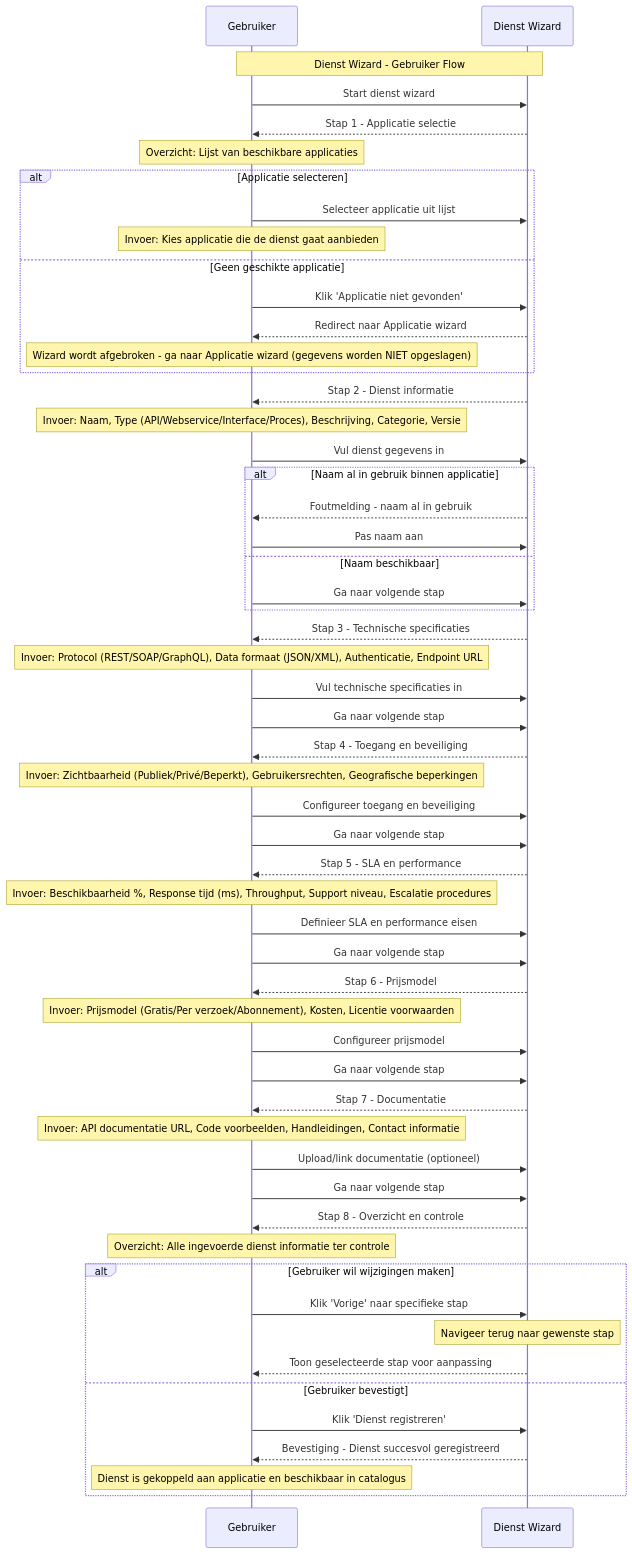
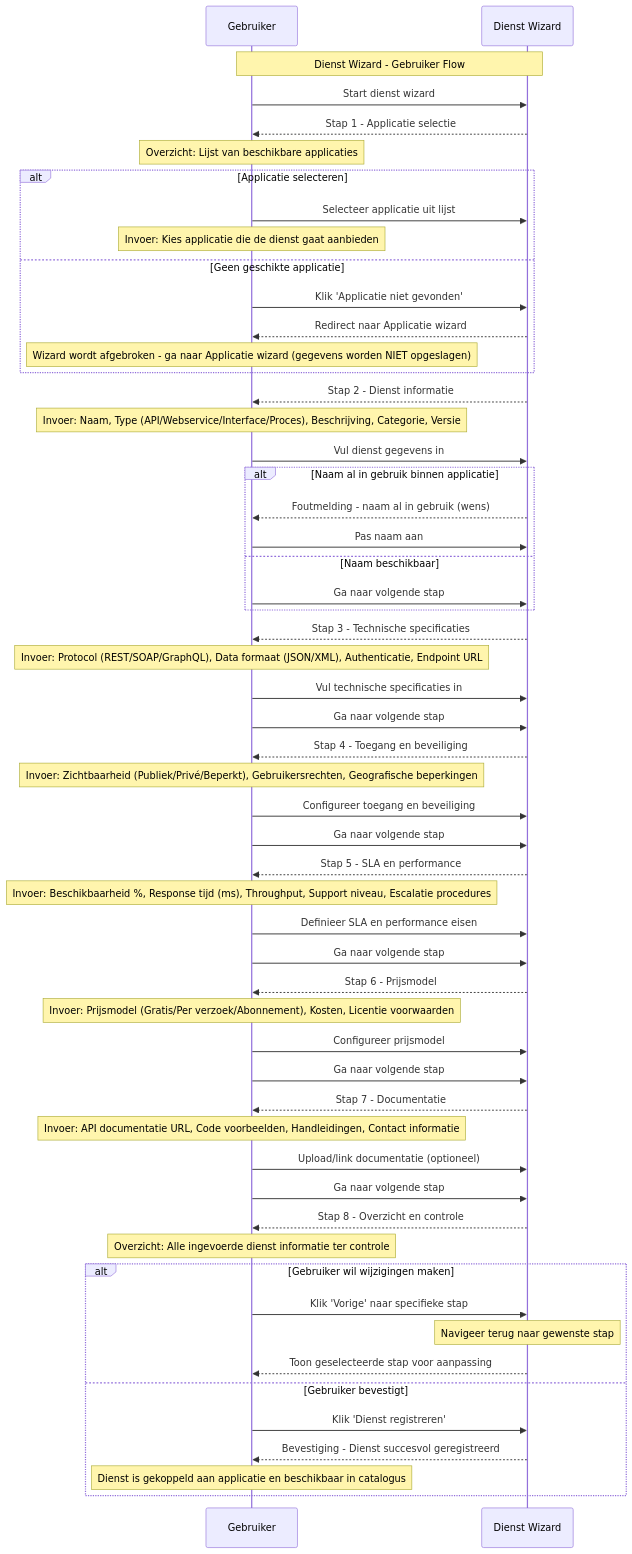
One commit to VNG-Realisatie/Softwarecatalogus changed the diagram in website/docs/Functionaliteiten/K003-dienst.md. Above: the diagram before and after it, drawn with Mermaid. The commit also changed 2 other files, not shown here.

Commit message:
Lets test if the build can handle oas

````diff
--- a/website/docs/Functionaliteiten/K003-dienst.md
+++ b/website/docs/Functionaliteiten/K003-dienst.md
@@ -233,77 +233,77 @@
 ```mermaid
 sequenceDiagram
     participant U as Gebruiker
     participant W as Dienst Wizard
 
     Note over U,W: Dienst Wizard - Gebruiker Flow
 
     %% Stap 1: Applicatie Selectie
     U->>W: Start dienst wizard
     W-->>U: Stap 1 - Applicatie selectie
     Note over U: Overzicht: Lijst van beschikbare applicaties 
     
     alt Applicatie selecteren
         U->>W: Selecteer applicatie uit lijst
         Note over U: Invoer: Kies applicatie die de dienst gaat aanbieden
     else Geen geschikte applicatie
         U->>W: Klik 'Applicatie niet gevonden'
         W-->>U: Redirect naar Applicatie wizard
         Note over U: Wizard wordt afgebroken - ga naar Applicatie wizard (gegevens worden NIET opgeslagen)
     end
 
     %% Stap 2: Dienst Informatie
     W-->>U: Stap 2 - Dienst informatie
     Note over U: Invoer: Naam, Type (API/Webservice/Interface/Proces), Beschrijving, Categorie, Versie
     U->>W: Vul dienst gegevens in
     
     alt Naam al in gebruik binnen applicatie
-        W-->>U: Foutmelding - naam al in gebruik
+        W-->>U: Foutmelding - naam al in gebruik (wens)
         U->>W: Pas naam aan
     else Naam beschikbaar
         U->>W: Ga naar volgende stap
     end
 
     %% Stap 3: Technische Specificaties
     W-->>U: Stap 3 - Technische specificaties
     Note over U: Invoer: Protocol (REST/SOAP/GraphQL), Data formaat (JSON/XML), Authenticatie, Endpoint URL
     U->>W: Vul technische specificaties in
     U->>W: Ga naar volgende stap
 
     %% Stap 4: Toegang en Beveiliging
     W-->>U: Stap 4 - Toegang en beveiliging
     Note over U: Invoer: Zichtbaarheid (Publiek/Privé/Beperkt), Gebruikersrechten, Geografische beperkingen
     U->>W: Configureer toegang en beveiliging
     U->>W: Ga naar volgende stap
 
     %% Stap 5: SLA en Performance
     W-->>U: Stap 5 - SLA en performance
     Note over U: Invoer: Beschikbaarheid %, Response tijd (ms), Throughput, Support niveau, Escalatie procedures
     U->>W: Definieer SLA en performance eisen
     U->>W: Ga naar volgende stap
 
     %% Stap 6: Prijsmodel
     W-->>U: Stap 6 - Prijsmodel
     Note over U: Invoer: Prijsmodel (Gratis/Per verzoek/Abonnement), Kosten, Licentie voorwaarden
     U->>W: Configureer prijsmodel
     U->>W: Ga naar volgende stap
 
     %% Stap 7: Documentatie
     W-->>U: Stap 7 - Documentatie
     Note over U: Invoer: API documentatie URL, Code voorbeelden, Handleidingen, Contact informatie
     U->>W: Upload/link documentatie (optioneel)
     U->>W: Ga naar volgende stap
 
     %% Stap 8: Controleren
     W-->>U: Stap 8 - Overzicht en controle
     Note over U: Overzicht: Alle ingevoerde dienst informatie ter controle
     
     alt Gebruiker wil wijzigingen maken
         U->>W: Klik 'Vorige' naar specifieke stap
         Note over W: Navigeer terug naar gewenste stap
         W-->>U: Toon geselecteerde stap voor aanpassing
     else Gebruiker bevestigt
         U->>W: Klik 'Dienst registreren'
         W-->>U: Bevestiging - Dienst succesvol geregistreerd
         Note over U: Dienst is gekoppeld aan applicatie en beschikbaar in catalogus
     end
 ```
````
